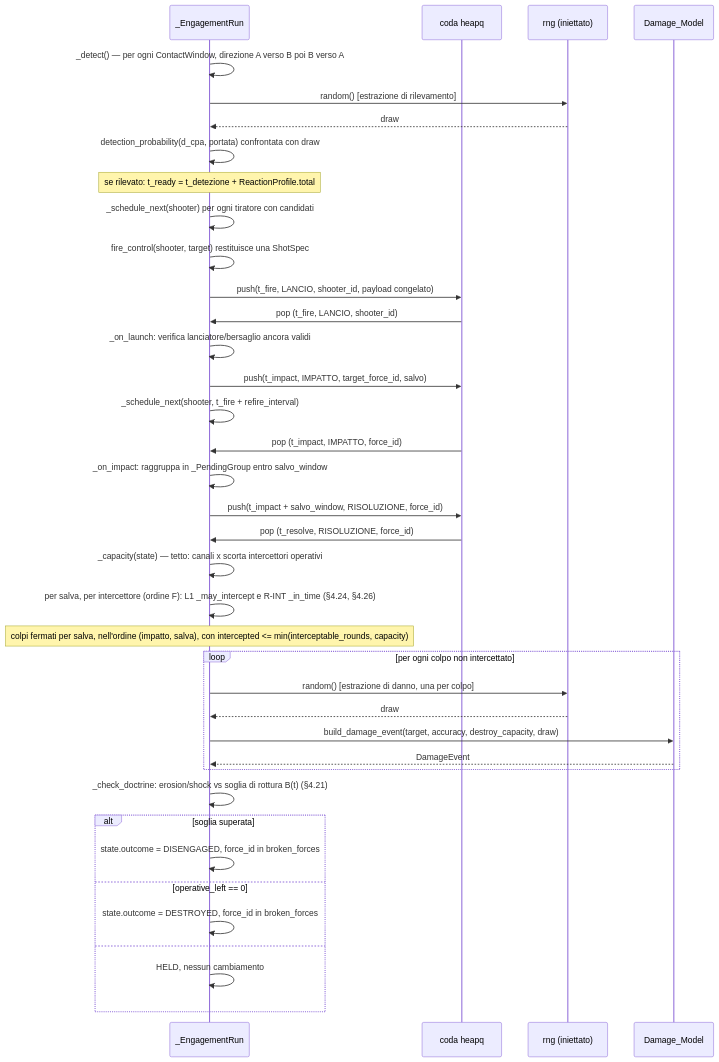
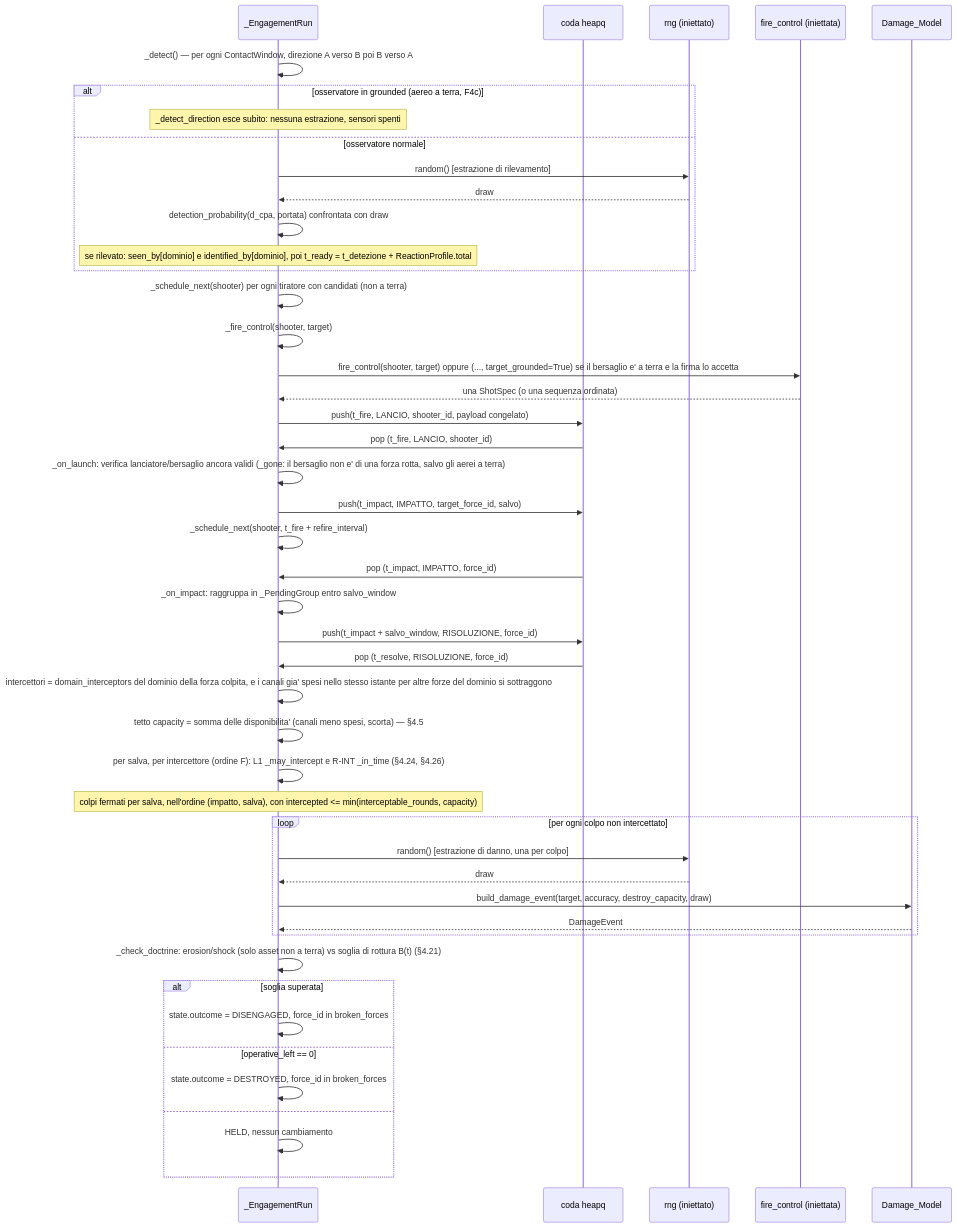
One commit to MakusIV/Warfare-Model changed the third of 17 diagrams in Analysis/Document/Manuale_Motore_DES/05_Strato2_Risolutore_Ingaggio.md. Above: the diagram before and after it, drawn with Mermaid. The commit also changed other lines of this file and 11 other files, not shown here.

````diff
--- a/Analysis/Document/Manuale_Motore_DES/05_Strato2_Risolutore_Ingaggio.md
+++ b/Analysis/Document/Manuale_Motore_DES/05_Strato2_Risolutore_Ingaggio.md
@@ -500,47 +614,55 @@
 ```mermaid
 sequenceDiagram
     participant Run as _EngagementRun
     participant Q as coda heapq
     participant RNG as rng (iniettato)
+    participant FC as fire_control (iniettata)
     participant DM as Damage_Model
 
     Run->>Run: _detect() — per ogni ContactWindow, direzione A verso B poi B verso A
-    Run->>RNG: random() [estrazione di rilevamento]
-    RNG-->>Run: draw
-    Run->>Run: detection_probability(d_cpa, portata) confrontata con draw
-    Note over Run: se rilevato: t_ready = t_detezione + ReactionProfile.total
+    alt osservatore in grounded (aereo a terra, F4c)
+        Note over Run: _detect_direction esce subito: nessuna estrazione, sensori spenti
+    else osservatore normale
+        Run->>RNG: random() [estrazione di rilevamento]
+        RNG-->>Run: draw
+        Run->>Run: detection_probability(d_cpa, portata) confrontata con draw
+        Note over Run: se rilevato: seen_by[dominio] e identified_by[dominio], poi t_ready = t_detezione + ReactionProfile.total
+    end
 
-    Run->>Run: _schedule_next(shooter) per ogni tiratore con candidati
-    Run->>Run: fire_control(shooter, target) restituisce una ShotSpec
+    Run->>Run: _schedule_next(shooter) per ogni tiratore con candidati (non a terra)
+    Run->>Run: _fire_control(shooter, target)
+    Run->>FC: fire_control(shooter, target) oppure (..., target_grounded=True) se il bersaglio e' a terra e la firma lo accetta
+    FC-->>Run: una ShotSpec (o una sequenza ordinata)
     Run->>Q: push(t_fire, LANCIO, shooter_id, payload congelato)
 
     Q->>Run: pop (t_fire, LANCIO, shooter_id)
-    Run->>Run: _on_launch: verifica lanciatore/bersaglio ancora validi
+    Run->>Run: _on_launch: verifica lanciatore/bersaglio ancora validi (_gone: il bersaglio non e' di una forza rotta, salvo gli aerei a terra)
     Run->>Q: push(t_impact, IMPATTO, target_force_id, salvo)
     Run->>Run: _schedule_next(shooter, t_fire + refire_interval)
 
     Q->>Run: pop (t_impact, IMPATTO, force_id)
     Run->>Run: _on_impact: raggruppa in _PendingGroup entro salvo_window
     Run->>Q: push(t_impact + salvo_window, RISOLUZIONE, force_id)
 
     Q->>Run: pop (t_resolve, RISOLUZIONE, force_id)
-    Run->>Run: _capacity(state) — tetto: canali x scorta intercettori operativi
+    Run->>Run: intercettori = domain_interceptors del dominio della forza colpita, e i canali gia' spesi nello stesso istante per altre forze del dominio si sottraggono
+    Run->>Run: tetto capacity = somma delle disponibilita' (canali meno spesi, scorta) — §4.5
     Run->>Run: per salva, per intercettore (ordine F): L1 _may_intercept e R-INT _in_time (§4.24, §4.26)
     Note over Run: colpi fermati per salva, nell'ordine (impatto, salva), con intercepted <= min(interceptable_rounds, capacity)
 
     loop per ogni colpo non intercettato
         Run->>RNG: random() [estrazione di danno, una per colpo]
         RNG-->>Run: draw
         Run->>DM: build_damage_event(target, accuracy, destroy_capacity, draw)
         DM-->>Run: DamageEvent
     end
 
-    Run->>Run: _check_doctrine: erosion/shock vs soglia di rottura B(t) (§4.21)
+    Run->>Run: _check_doctrine: erosion/shock (solo asset non a terra) vs soglia di rottura B(t) (§4.21)
     alt soglia superata
         Run->>Run: state.outcome = DISENGAGED, force_id in broken_forces
     else operative_left == 0
         Run->>Run: state.outcome = DESTROYED, force_id in broken_forces
     else
         Run->>Run: HELD, nessun cambiamento
     end
 ```
````
